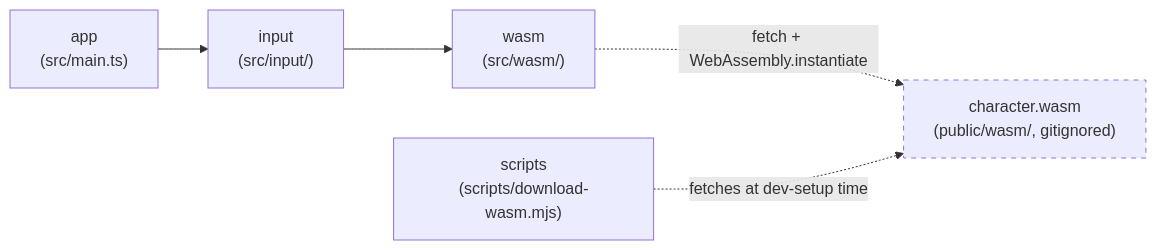
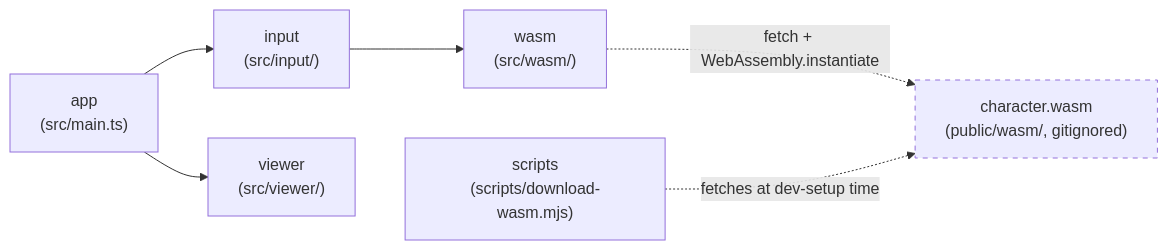
Before and after one commit to openkakutou/character-viewer-web: the diagram in docs/architecture.md, drawn with Mermaid. The commit also changed other lines of this file and 13 other files, not shown here.

````diff
--- a/docs/architecture.md
+++ b/docs/architecture.md
@@ -13,9 +13,10 @@
 ```mermaid
 flowchart LR
     app["app\n(src/main.ts)"] --> input["input\n(src/input/)"]
+    app --> viewer["viewer\n(src/viewer/)"]
     input --> wasm["wasm\n(src/wasm/)"]
     wasm -.->|fetch + WebAssembly.instantiate| module["character.wasm\n(public/wasm/, gitignored)"]
     scripts["scripts\n(scripts/download-wasm.mjs)"] -.->|fetches at dev-setup time| module
 
     style module stroke-dasharray: 5 5
 ```
````
